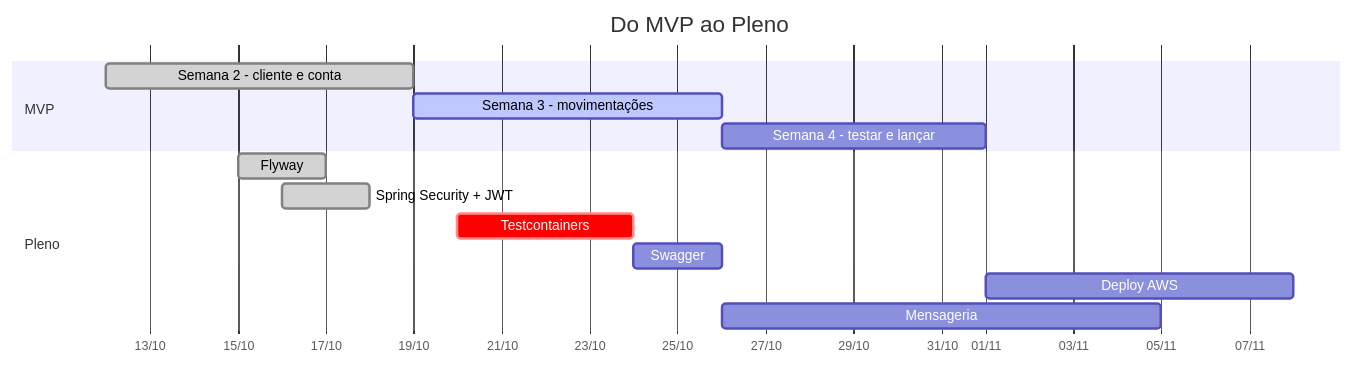
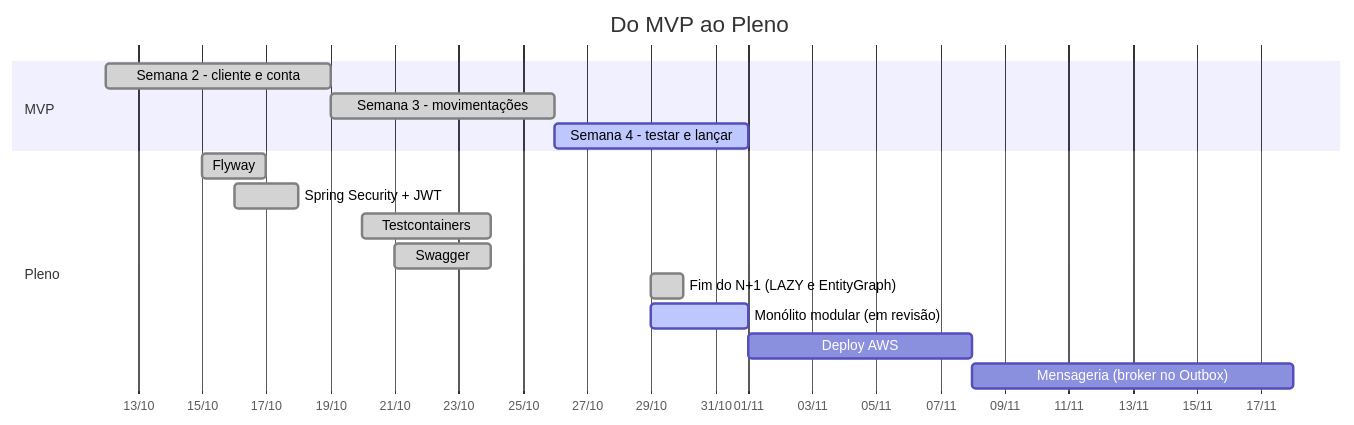
One commit to k3vinrich4rd/k3vinrich4rd changed diagram 18 of 22 in README.md. Above: the diagram before and after it, drawn with Mermaid. The commit also changed other lines of this file and 5 other files, not shown here.

````diff
--- a/README.md
+++ b/README.md
@@ -2064,17 +2092,19 @@
 ```mermaid
 gantt
     title Do MVP ao Pleno
     dateFormat YYYY-MM-DD
     axisFormat %d/%m
     section MVP
     Semana 2 - cliente e conta        :done,    s2, 2026-10-12, 7d
-    Semana 3 - movimentações          :active,  s3, 2026-10-19, 7d
-    Semana 4 - testar e lançar        :         s4, 2026-10-26, 6d
+    Semana 3 - movimentações          :done,    s3, 2026-10-19, 7d
+    Semana 4 - testar e lançar        :active,  s4, 2026-10-26, 6d
     section Pleno
     Flyway                            :done,    f1, 2026-10-15, 2d
     Spring Security + JWT             :done,    f2, 2026-10-16, 2d
-    Testcontainers                    :crit,    f3, 2026-10-20, 4d
-    Swagger                           :         f6, after f3, 2d
+    Testcontainers                    :done,    f3, 2026-10-20, 4d
+    Swagger                           :done,    f6, 2026-10-21, 3d
+    Fim do N+1 (LAZY e EntityGraph)   :done,    f7, 2026-10-29, 1d
+    Monólito modular (em revisão)     :active,  f8, 2026-10-29, 3d
     Deploy AWS                        :         f4, after s4, 7d
-    Mensageria                        :         f5, after f6, 10d
+    Mensageria (broker no Outbox)     :         f5, after f4, 10d
 ```
````
